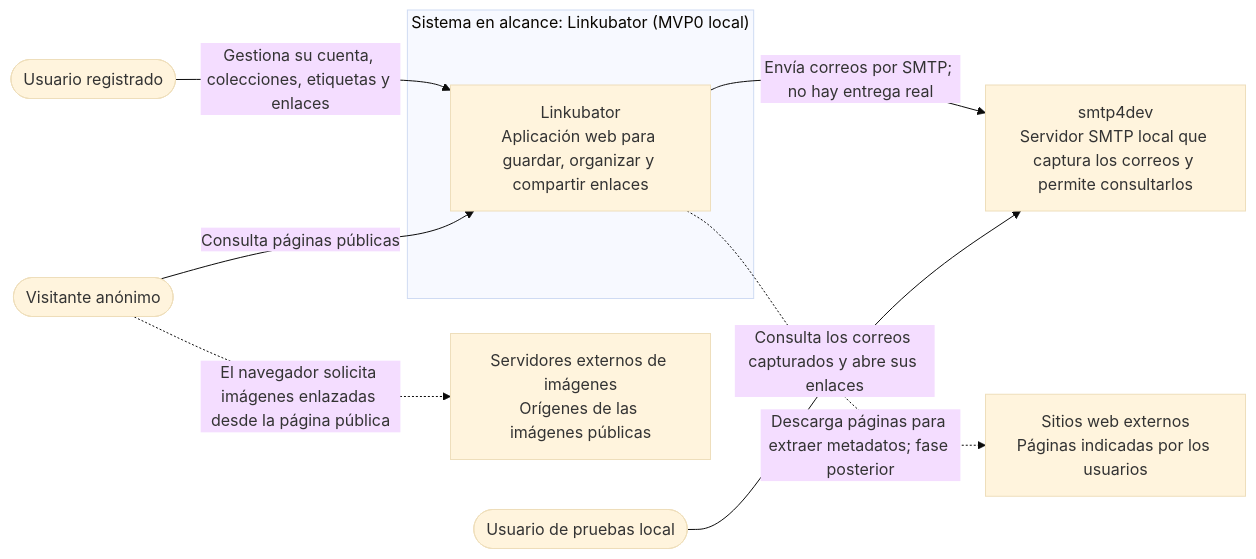
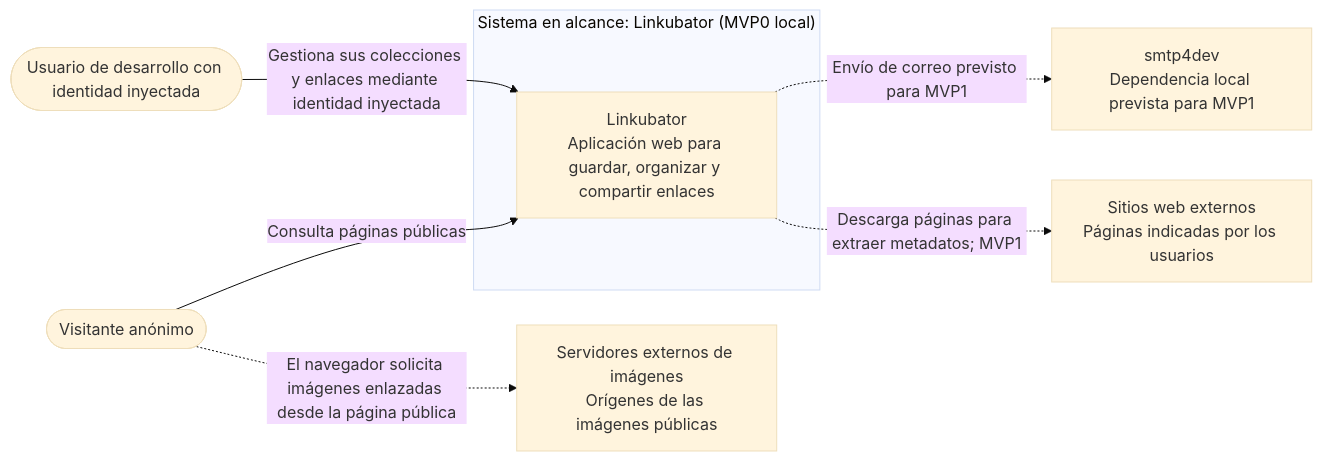
One commit to DaveSoftDev/Linkubator changed the diagram in context/diagrams/context-diagram.md. Above: the diagram before and after it, drawn with Mermaid (base theme). The commit also changed other lines of this file and 22 other files, not shown here.

````diff
--- a/context/diagrams/context-diagram.md
+++ b/context/diagrams/context-diagram.md
@@ -5,21 +5,19 @@
 ```mermaid
 flowchart LR
-    registered([Usuario registrado])
     visitor([Visitante anónimo])
-    localUser([Usuario de pruebas local])
+    devUser([Usuario de desarrollo con identidad inyectada])
 
     subgraph boundary["Sistema en alcance: Linkubator (MVP0 local)"]
         app["Linkubator<br/>Aplicación web para guardar, organizar y compartir enlaces"]
     end
 
-    mail["smtp4dev<br/>Servidor SMTP local que captura los correos y permite consultarlos"]
+    mail["smtp4dev<br/>Dependencia local prevista para MVP1"]
     targetSites["Sitios web externos<br/>Páginas indicadas por los usuarios"]
     imageHosts["Servidores externos de imágenes<br/>Orígenes de las imágenes públicas"]
 
-    registered -->|Gestiona su cuenta, colecciones, etiquetas y enlaces| app
     visitor -->|Consulta páginas públicas| app
-    app -->|Envía correos por SMTP; no hay entrega real| mail
-    localUser -->|Consulta los correos capturados y abre sus enlaces| mail
-    app -.->|Descarga páginas para extraer metadatos; fase posterior| targetSites
+    devUser -->|Gestiona sus colecciones y enlaces mediante identidad inyectada| app
+    app -.->|Envío de correo previsto para MVP1| mail
+    app -.->|Descarga páginas para extraer metadatos; MVP1| targetSites
     visitor -.->|El navegador solicita imágenes enlazadas desde la página pública| imageHosts
 ```
````
